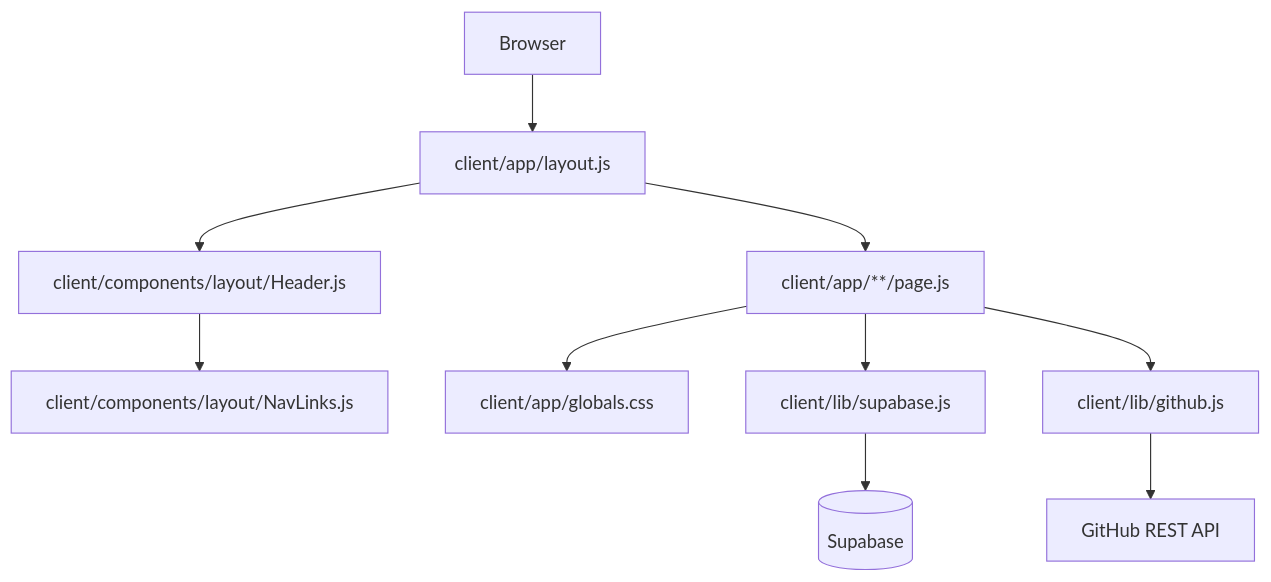
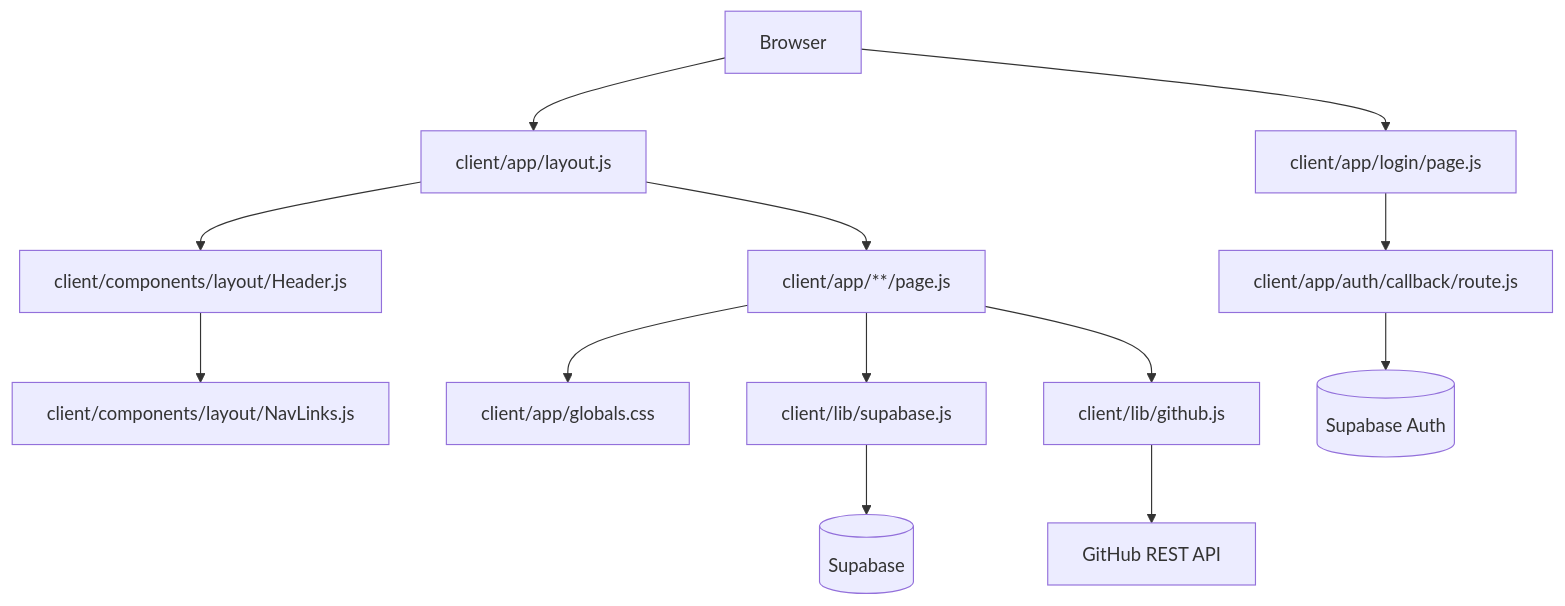
Before and after one commit to soupamen/ece-webtech-105: the diagram in documentation/ARCHITECTURE.md, drawn with Mermaid. The commit also changed other lines of this file and 3 other files, not shown here.

````diff
--- a/documentation/ARCHITECTURE.md
+++ b/documentation/ARCHITECTURE.md
@@ -16,12 +16,15 @@
 ```mermaid
 flowchart TD
     Browser --> RootLayout[client/app/layout.js]
     RootLayout --> Pages[client/app/**/page.js]
     RootLayout --> Header[client/components/layout/Header.js]
     Header --> Nav[client/components/layout/NavLinks.js]
     Pages --> Tailwind[client/app/globals.css]
     Pages --> Data[client/lib/supabase.js]
     Pages --> GitHub[client/lib/github.js]
+    Browser --> AuthUI[client/app/login/page.js]
+    AuthUI --> AuthCallback[client/app/auth/callback/route.js]
+    AuthCallback --> SupabaseAuth[(Supabase Auth)]
     Data --> Supabase[(Supabase)]
     GitHub --> GitHubAPI[GitHub REST API]
 ```
````
